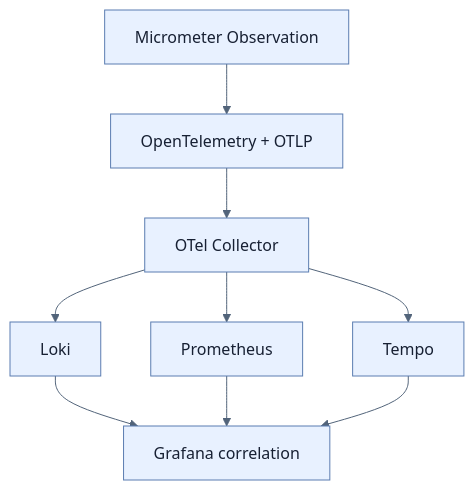
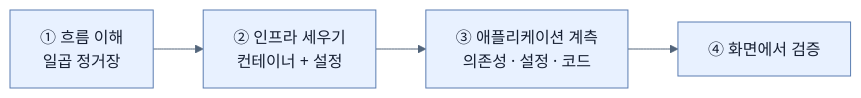
The first of 2 diagrams in spring-boot-4-pdf-notes/part-5-observing-spring-boot-4-applications/chapter-13-observing-spring-boot-4-applications/_map.md (sing-u8/Learning_Spring_Boot_4), drawn with Mermaid before and after one commit. The commit also changed other lines of this file and 253 other files, not shown here.

````diff
--- a/spring-boot-4-pdf-notes/part-5-observing-spring-boot-4-applications/chapter-13-observing-spring-boot-4-applications/_map.md
+++ b/spring-boot-4-pdf-notes/part-5-observing-spring-boot-4-applications/chapter-13-observing-spring-boot-4-applications/_map.md
@@ -12,10 +14,7 @@
 ```mermaid
 %%{init: {'theme': 'base', 'themeVariables': {'background': '#ffffff', 'primaryColor': '#e8f1ff', 'primaryTextColor': '#172033', 'primaryBorderColor': '#5b7db1', 'lineColor': '#52647a', 'secondaryColor': '#f7fbff', 'tertiaryColor': '#fff7df'}}}%%
-flowchart TD
-    A[Micrometer Observation] --> B[OpenTelemetry + OTLP]
-    B --> C[OTel Collector]
-    C --> L[Loki]
-    C --> P[Prometheus]
-    C --> T[Tempo]
-    L & P & T --> G[Grafana correlation]
+flowchart LR
+    A["① 흐름 이해<br/>일곱 정거장"] --> B["② 인프라 세우기<br/>컨테이너 + 설정"]
+    B --> C["③ 애플리케이션 계측<br/>의존성 · 설정 · 코드"]
+    C --> D["④ 화면에서 검증"]
 ```
````
